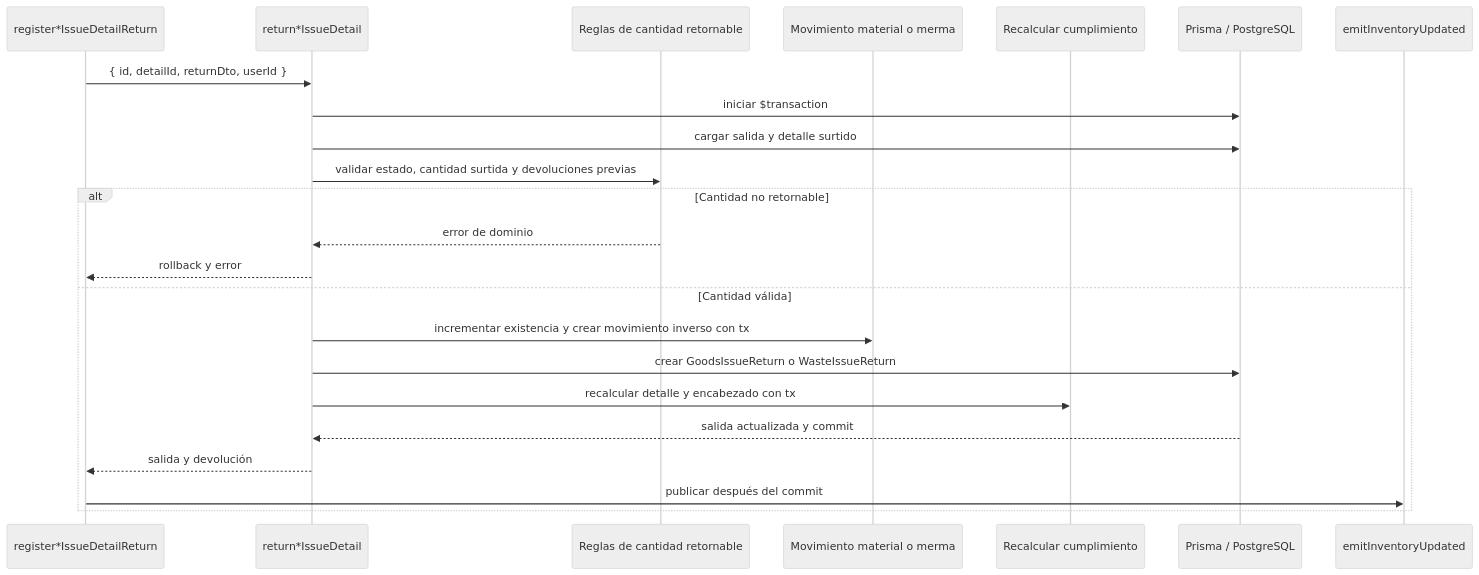
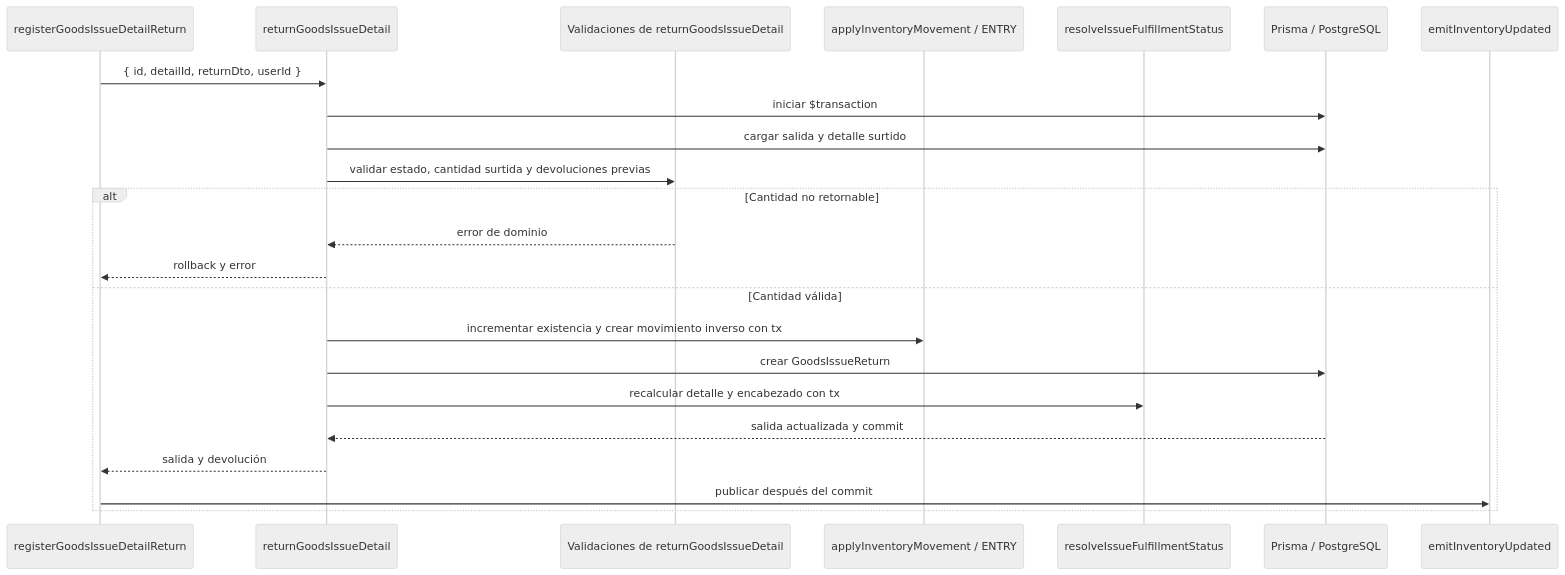
The seventh of 11 diagrams in docs/architecture/backend-technical-documentation.md (gpgsistemas01/nexus), drawn with Mermaid (neutral theme) before and after one commit. The commit also changed other lines of this file and 12 other files, not shown here.

Commit message:
docs: diagram every frontend and backend use case

````diff
--- a/docs/architecture/backend-technical-documentation.md
+++ b/docs/architecture/backend-technical-documentation.md
@@ -307,26 +384,26 @@
 ```mermaid
 sequenceDiagram
-    participant Controller as register*IssueDetailReturn
-    participant Service as return*IssueDetail
-    participant Rules as Reglas de cantidad retornable
-    participant Inventory as Movimiento material o merma
-    participant Status as Recalcular cumplimiento
+    participant Controller as registerGoodsIssueDetailReturn
+    participant Service as returnGoodsIssueDetail
+    participant Rules as Validaciones de returnGoodsIssueDetail
+    participant Inventory as applyInventoryMovement / ENTRY
+    participant Status as resolveIssueFulfillmentStatus
     participant Prisma as Prisma / PostgreSQL
     participant Socket as emitInventoryUpdated
 
     Controller->>Service: { id, detailId, returnDto, userId }
     Service->>Prisma: iniciar $transaction
     Service->>Prisma: cargar salida y detalle surtido
     Service->>Rules: validar estado, cantidad surtida y devoluciones previas
     alt Cantidad no retornable
         Rules-->>Service: error de dominio
         Service-->>Controller: rollback y error
     else Cantidad válida
         Service->>Inventory: incrementar existencia y crear movimiento inverso con tx
-        Service->>Prisma: crear GoodsIssueReturn o WasteIssueReturn
+        Service->>Prisma: crear GoodsIssueReturn
         Service->>Status: recalcular detalle y encabezado con tx
         Prisma-->>Service: salida actualizada y commit
         Service-->>Controller: salida y devolución
         Controller->>Socket: publicar después del commit
     end
 ```
````
